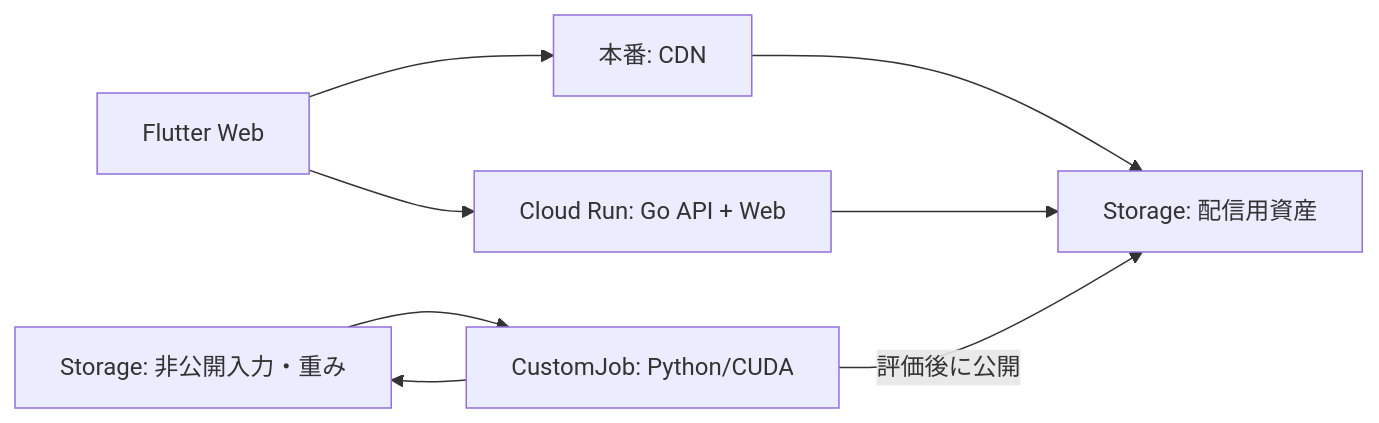
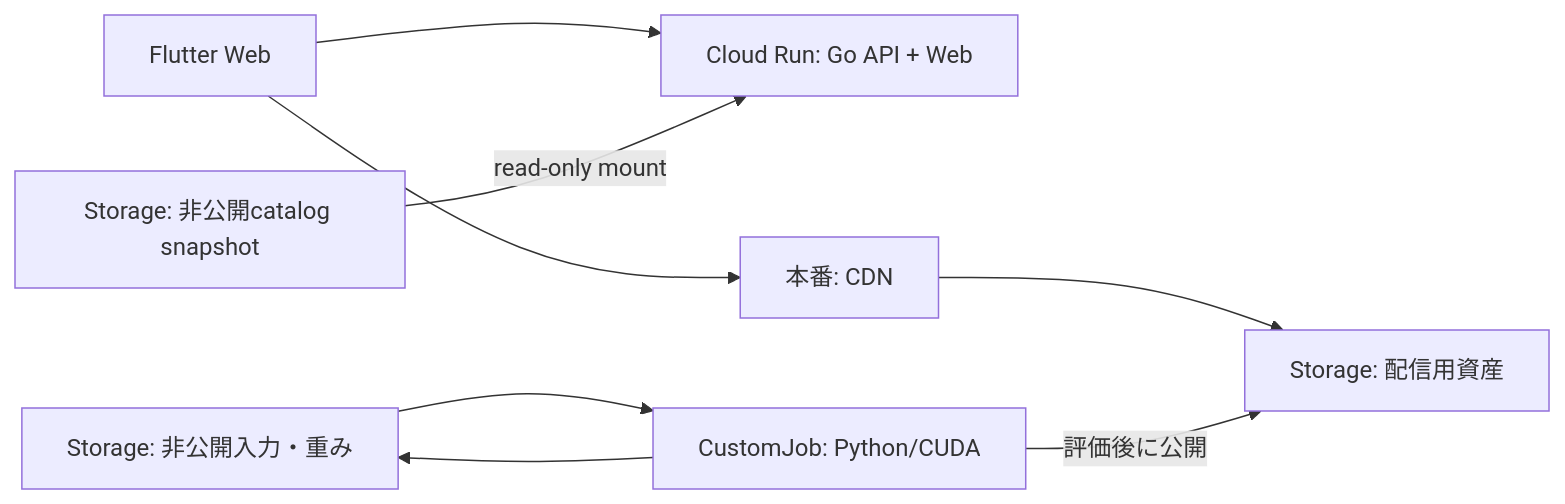
The diagram in docs/infrastructure-design.md (Hosi121/rangle), drawn with Mermaid before and after one commit. The commit also changed other lines of this file and 29 other files, not shown here.

````diff
--- a/docs/infrastructure-design.md
+++ b/docs/infrastructure-design.md
@@ -11,10 +11,10 @@
 ```mermaid
 flowchart LR
     Browser[Flutter Web] --> App[Cloud Run: Go API + Web]
     Browser --> CDN[本番: CDN]
     CDN --> Assets[Storage: 配信用資産]
-    App --> Assets
+    Catalog[Storage: 非公開catalog snapshot] -->|read-only mount| App
     Input[Storage: 非公開入力・重み] --> GPU[CustomJob: Python/CUDA]
     GPU --> Input
     GPU -->|評価後に公開| Assets
 ```
````
